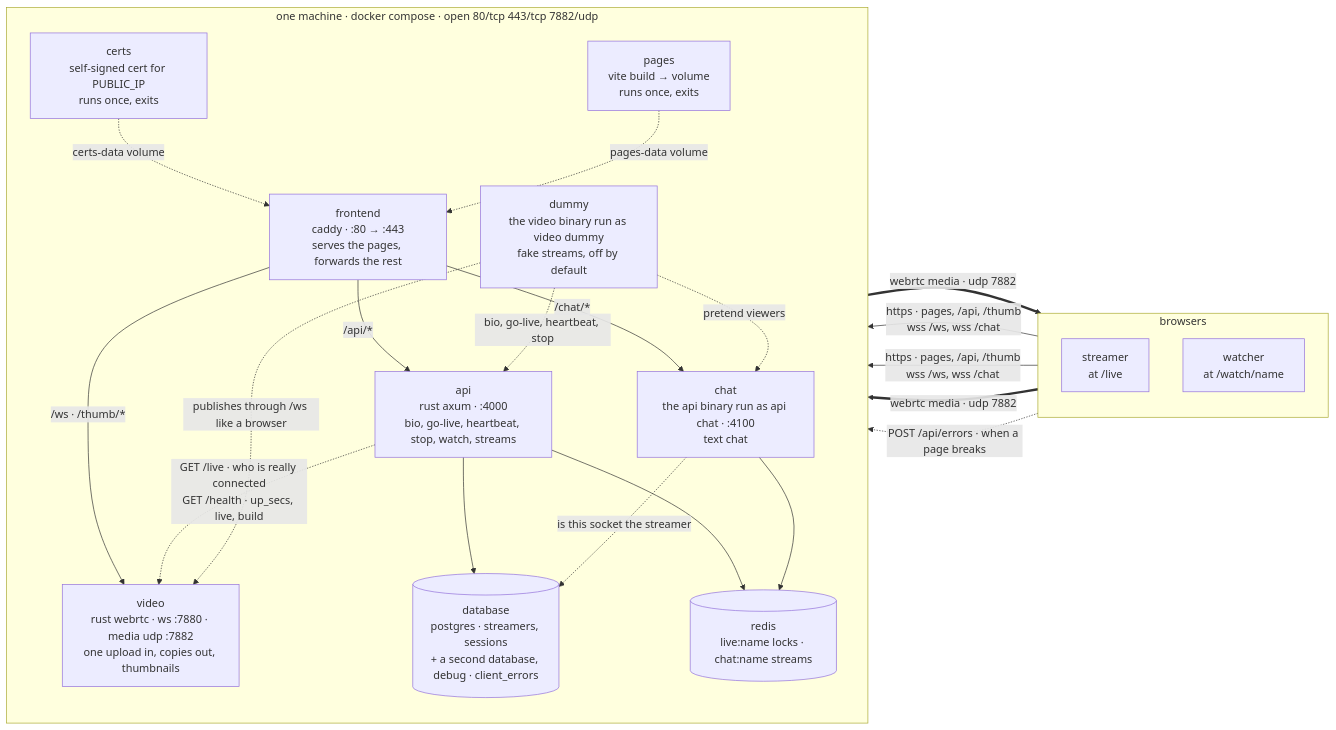
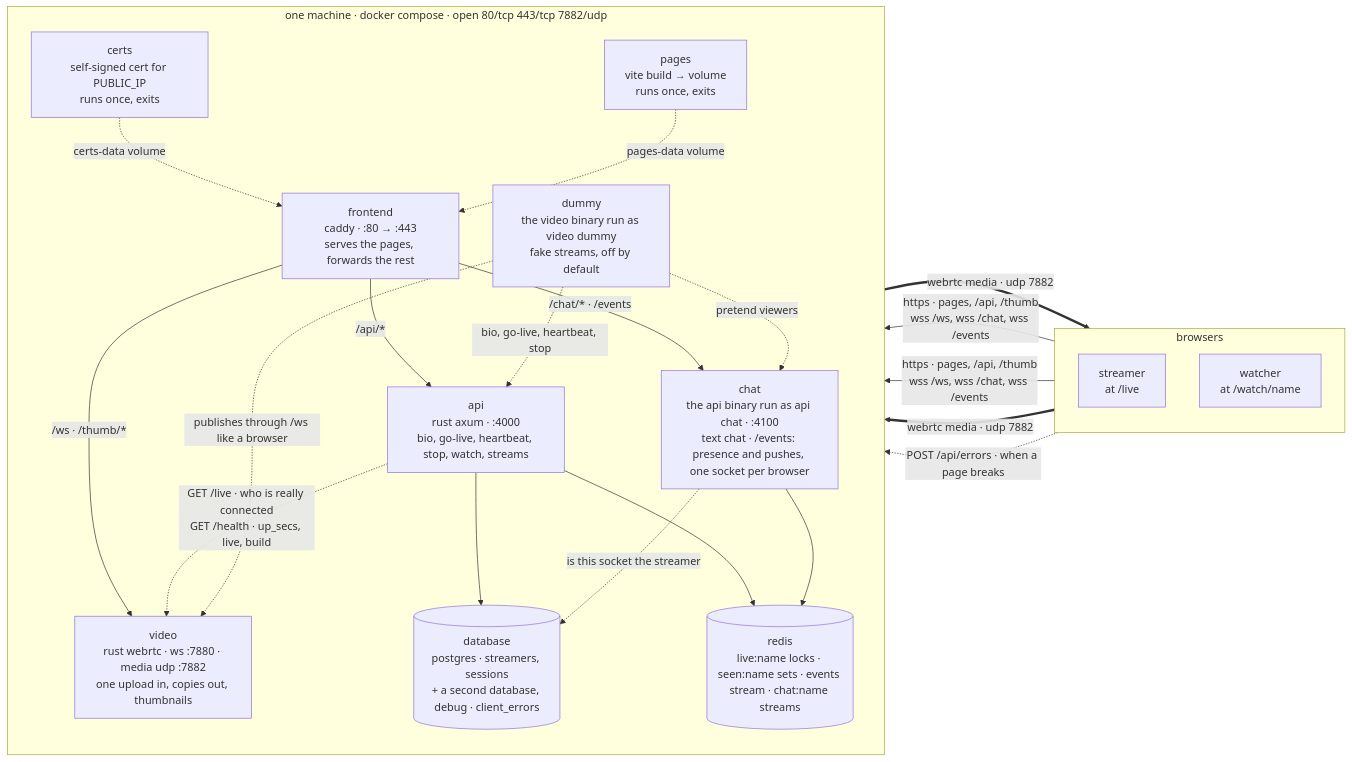
The first of 10 diagrams in docs/architecture-picture.md (ZeroNerodaHero/slop-stream-architecture), drawn with Mermaid before and after one commit. The commit also changed other lines of this file and 66 other files, not shown here.

````diff
--- a/docs/architecture-picture.md
+++ b/docs/architecture-picture.md
@@ -7,44 +7,44 @@
 ```mermaid
 flowchart LR
   subgraph people["browsers"]
     direction TB
     streamer["streamer<br/>at /live"]
     watcher["watcher<br/>at /watch/name"]
   end
 
   subgraph box["one machine · docker compose · open 80/tcp 443/tcp 7882/udp"]
     direction TB
     frontend["frontend<br/>caddy · :80 → :443<br/>serves the pages, forwards the rest"]
     api["api<br/>rust axum · :4000<br/>bio, go-live, heartbeat, stop, watch, streams"]
-    chat["chat<br/>the api binary run as api chat · :4100<br/>text chat"]
+    chat["chat<br/>the api binary run as api chat · :4100<br/>text chat · /events: presence and pushes, one socket per browser"]
     video["video<br/>rust webrtc · ws :7880 · media udp :7882<br/>one upload in, copies out, thumbnails"]
     database[("database<br/>postgres · streamers, sessions<br/>+ a second database, debug · client_errors")]
-    redis[("redis<br/>live:name locks · chat:name streams")]
+    redis[("redis<br/>live:name locks · seen:name sets · events stream · chat:name streams")]
     dummy["dummy<br/>the video binary run as video dummy<br/>fake streams, off by default"]
     certs["certs<br/>self-signed cert for PUBLIC_IP<br/>runs once, exits"]
     pages["pages<br/>vite build → volume<br/>runs once, exits"]
   end
 
-  streamer -->|"https · pages, /api, /thumb<br/>wss /ws, wss /chat"| frontend
-  watcher -->|"https · pages, /api, /thumb<br/>wss /ws, wss /chat"| frontend
+  streamer -->|"https · pages, /api, /thumb<br/>wss /ws, wss /chat, wss /events"| frontend
+  watcher -->|"https · pages, /api, /thumb<br/>wss /ws, wss /chat, wss /events"| frontend
   streamer ==>|"webrtc media · udp 7882"| video
   video ==>|"webrtc media · udp 7882"| watcher
 
   frontend -->|"/api/*"| api
   frontend -->|"/ws · /thumb/*"| video
-  frontend -->|"/chat/*"| chat
+  frontend -->|"/chat/* · /events"| chat
 
   api --> database
   api --> redis
   api -.->|"GET /live · who is really connected<br/>GET /health · up_secs, live, build"| video
   streamer -.->|"POST /api/errors · when a page breaks"| frontend
   chat --> redis
   chat -.->|"is this socket the streamer"| database
 
   dummy -.->|"publishes through /ws like a browser"| video
   dummy -.->|"bio, go-live, heartbeat, stop"| api
   dummy -.->|"pretend viewers"| chat
 
   certs -.->|"certs-data volume"| frontend
   pages -.->|"pages-data volume"| frontend
 ```
````
